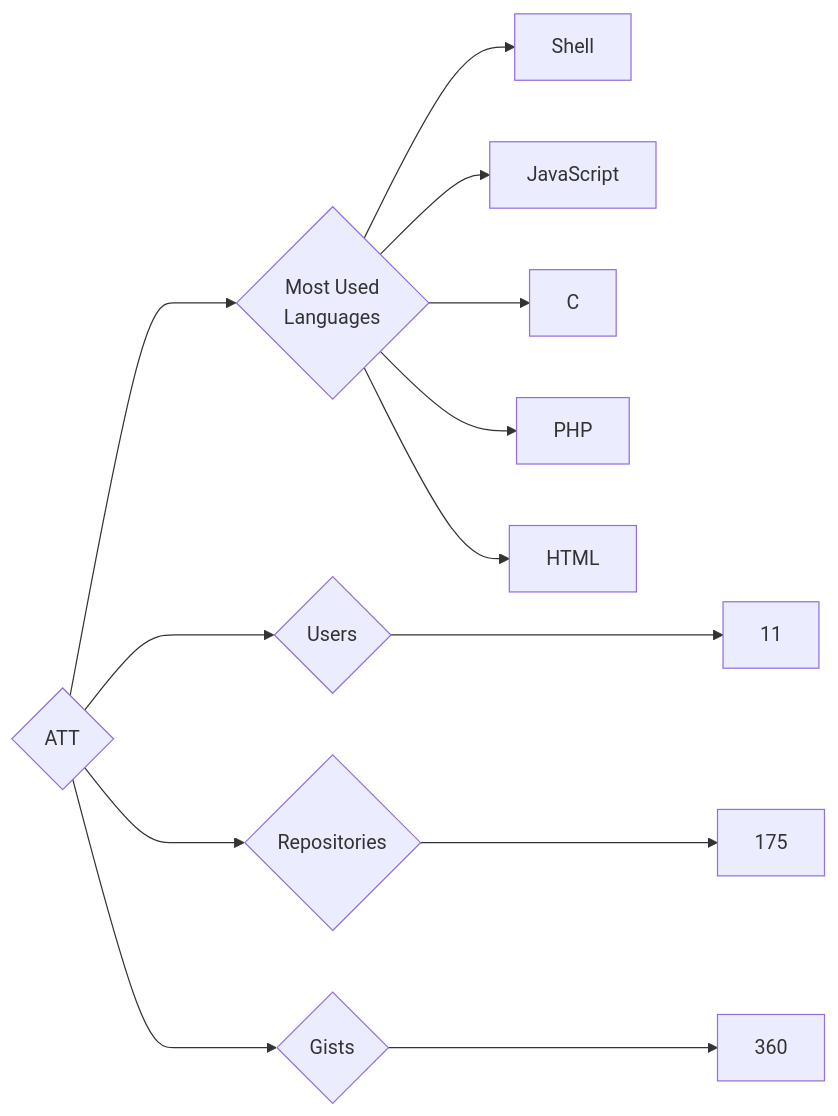
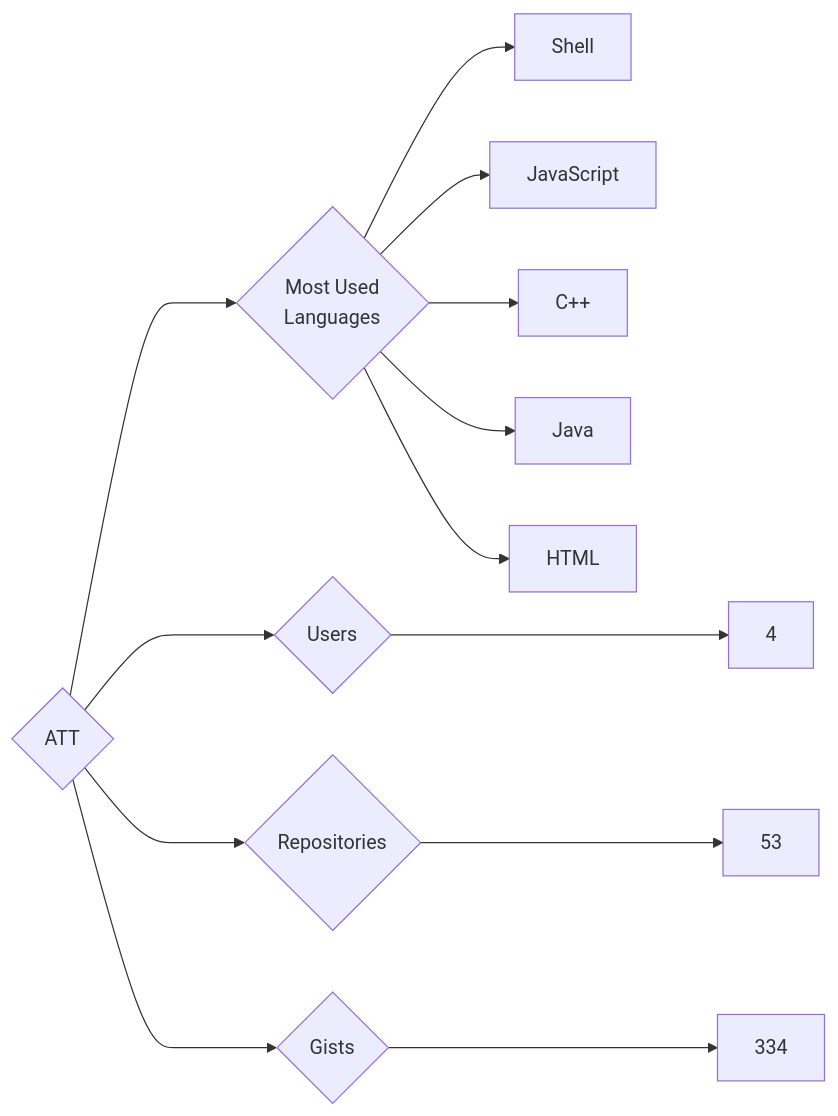
Before and after one commit to trickest/insiders: the diagram in targets/ATT/README.md, drawn with Mermaid. The commit also changed 873 other files, not shown here.

````diff
--- a/targets/ATT/README.md
+++ b/targets/ATT/README.md
@@ -3,13 +3,13 @@
 ```mermaid
 graph LR
 COMPANY_NAME{ATT}
-COMPANY_NAME ---> U{Users} ---> UN[11]
-COMPANY_NAME ---> R{Repositories} ---> RN[175]
-COMPANY_NAME ---> G{Gists} ---> GN[360]
+COMPANY_NAME ---> U{Users} ---> UN[4]
+COMPANY_NAME ---> R{Repositories} ---> RN[53]
+COMPANY_NAME ---> G{Gists} ---> GN[334]
 COMPANY_NAME ---> ML{Most Used<br>Languages}
 ML --> Shell[Shell]
 ML --> JavaScript[JavaScript]
-ML --> C[C]
-ML --> PHP[PHP]
+ML --> C++[C++]
+ML --> Java[Java]
 ML --> HTML[HTML]
 ```
````
